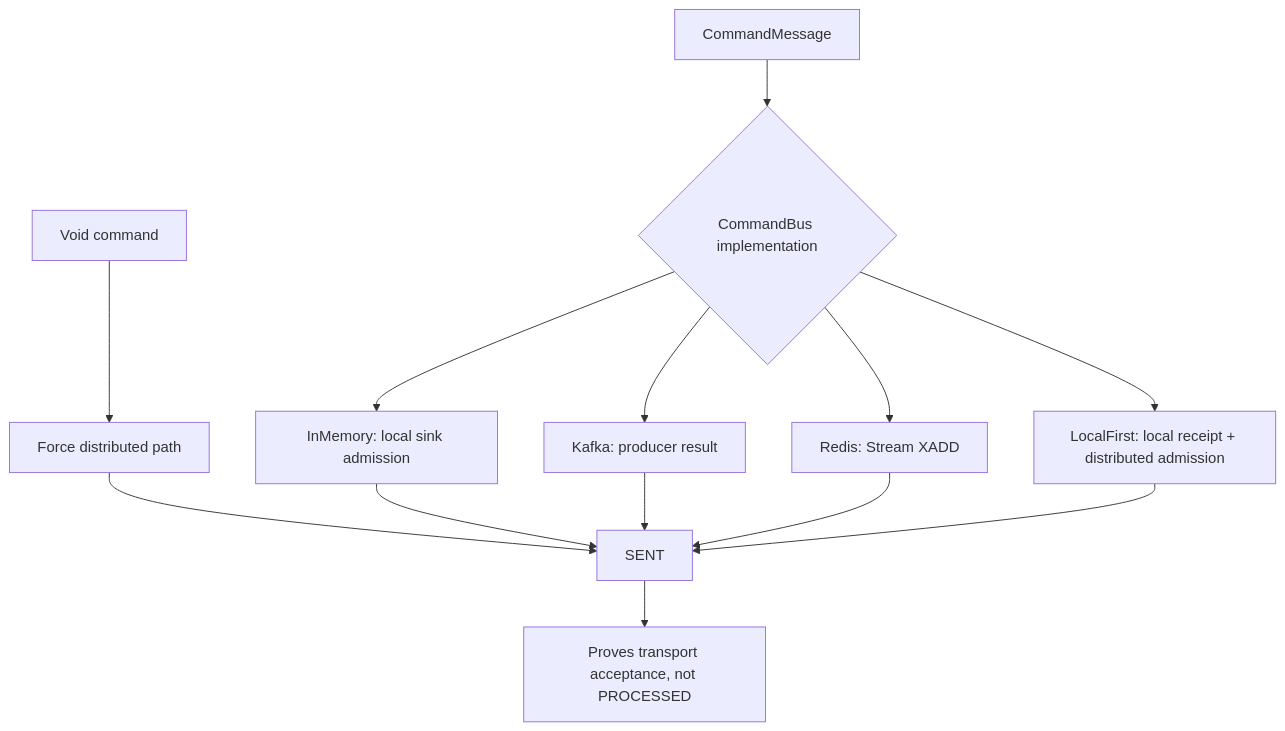
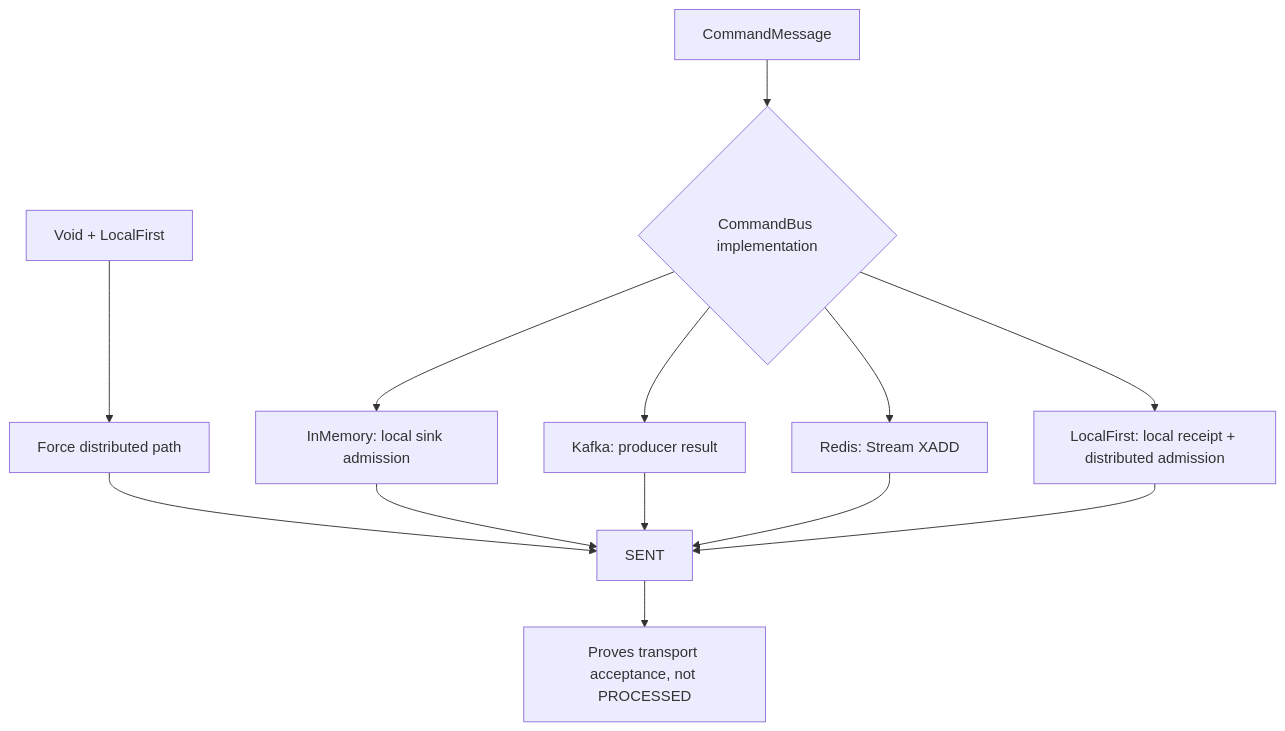
Before and after one commit to Ahoo-Wang/Wow: the diagram in documentation/docs/en/guide/command/internals/transport.md, drawn with Mermaid. The commit also changed 11 other files, not shown here.

Commit message:
docs: correct final diagram semantics

````diff
--- a/documentation/docs/en/guide/command/internals/transport.md
+++ b/documentation/docs/en/guide/command/internals/transport.md
@@ -13,15 +13,15 @@
 ```mermaid
 flowchart TB
     Command["CommandMessage"] --> Transport{"CommandBus implementation"}
     Transport --> InMemory["InMemory: local sink admission"]
     Transport --> Kafka["Kafka: producer result"]
     Transport --> Redis["Redis: Stream XADD"]
     Transport --> LocalFirst["LocalFirst: local receipt + distributed admission"]
-    Void["Void command"] --> Distributed["Force distributed path"]
+    Void["Void + LocalFirst"] --> Distributed["Force distributed path"]
     Distributed --> Sent
     InMemory --> Sent["SENT"]
     Kafka --> Sent
     Redis --> Sent
     LocalFirst --> Sent
     Sent --> Boundary["Proves transport acceptance, not PROCESSED"]
 ```
````
